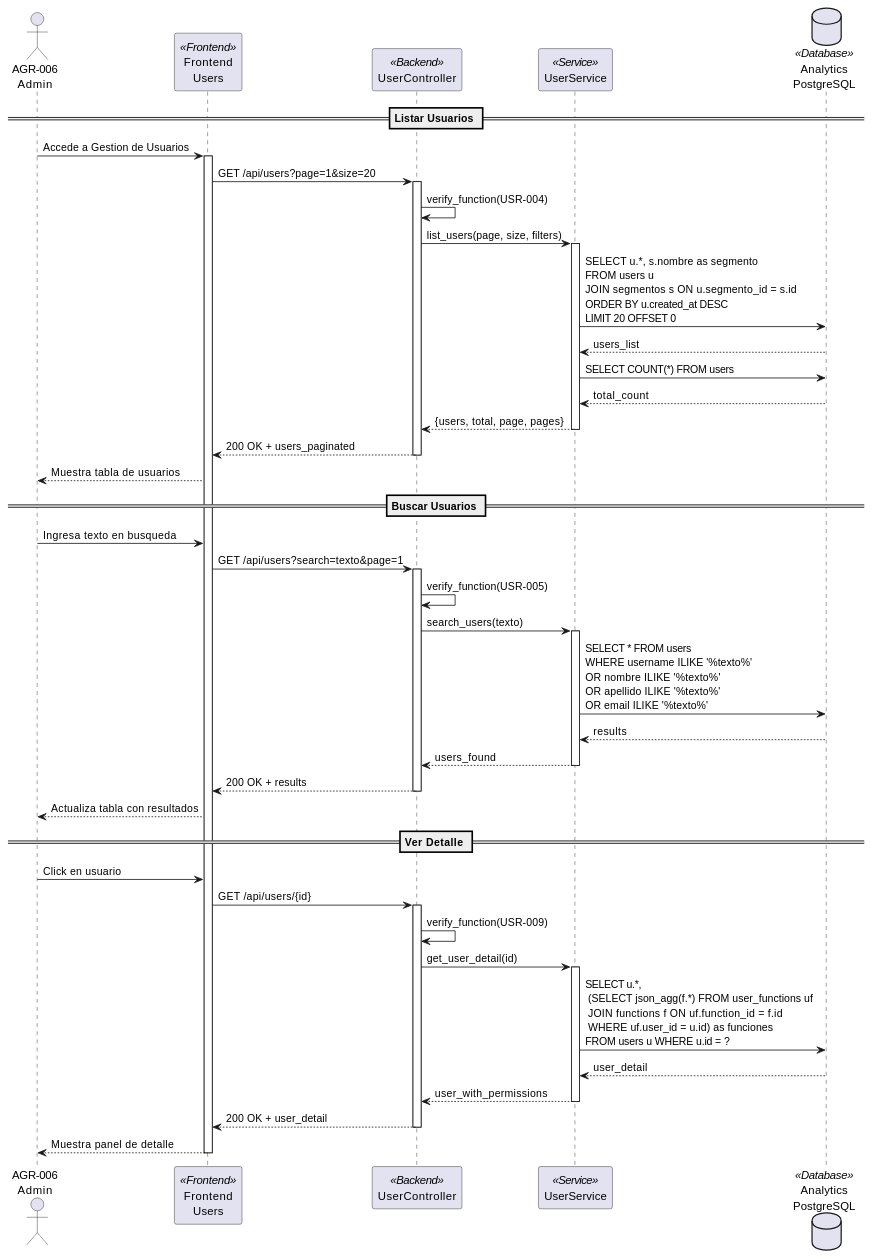
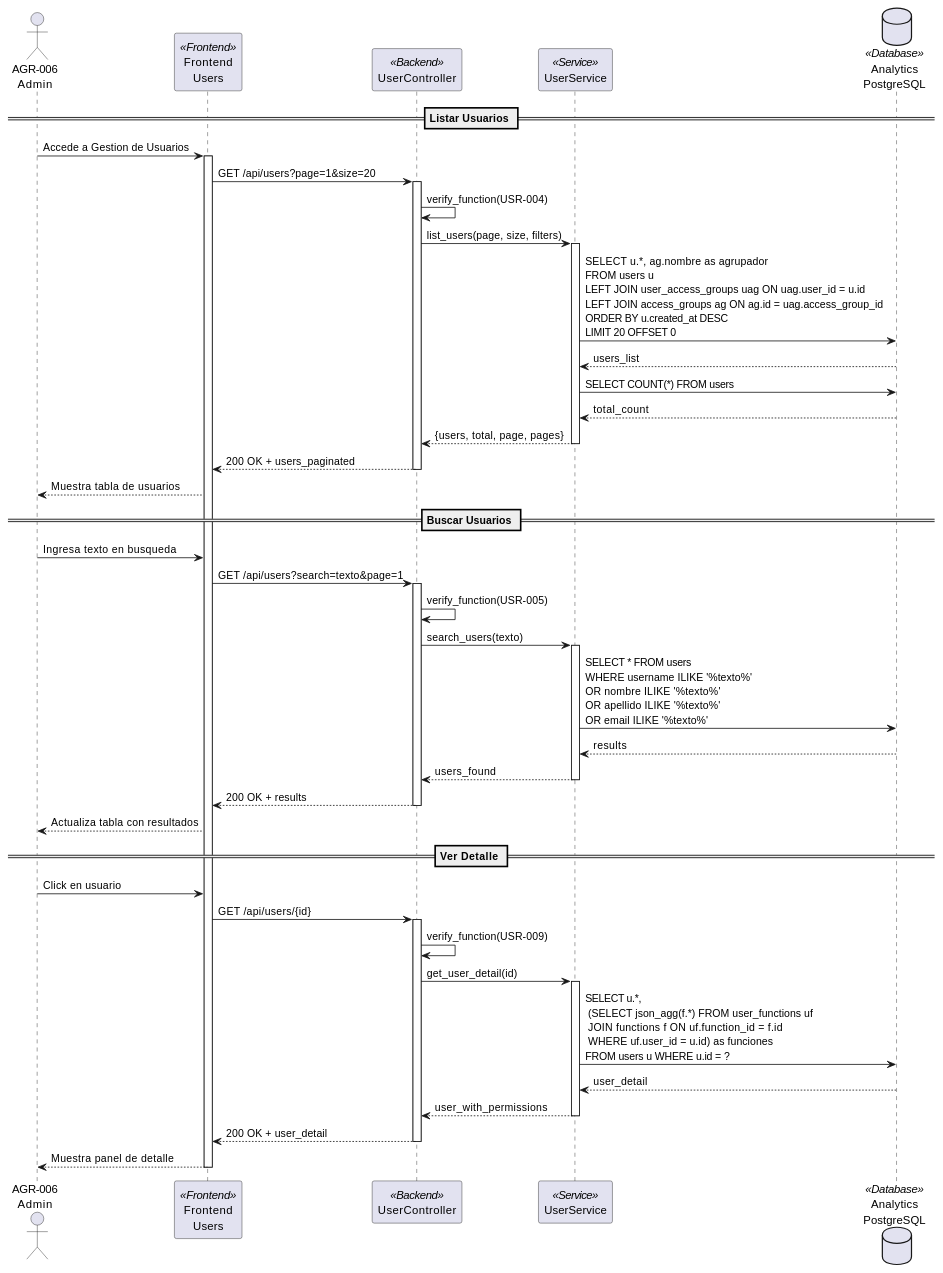
One commit to jcg-admin/IACT-docs changed the second of 3 diagrams in source/requisitos/casos-uso/users/uc-usr-02-consultar-usuarios.rst. Above: the diagram before and after it, drawn with PlantUML. The commit also changed other lines of this file and 3 other files, not shown here.

```diff
--- a/source/requisitos/casos-uso/users/uc-usr-02-consultar-usuarios.rst
+++ b/source/requisitos/casos-uso/users/uc-usr-02-consultar-usuarios.rst
@@ -188,7 +188,7 @@
  UC -> US: list_users(page, size, filters)
  activate US
 
- US -> DB: SELECT u.*, s.nombre as segmento\nFROM users u\nJOIN segmentos s ON u.segmento_id = s.id\nORDER BY u.created_at DESC\nLIMIT 20 OFFSET 0
+ US -> DB: SELECT u.*, ag.nombre as agrupador\nFROM users u\nLEFT JOIN user_access_groups uag ON uag.user_id = u.id\nLEFT JOIN access_groups ag ON ag.id = uag.access_group_id\nORDER BY u.created_at DESC\nLIMIT 20 OFFSET 0
  DB --> US: users_list
 
  US -> DB: SELECT COUNT(*) FROM users
```
